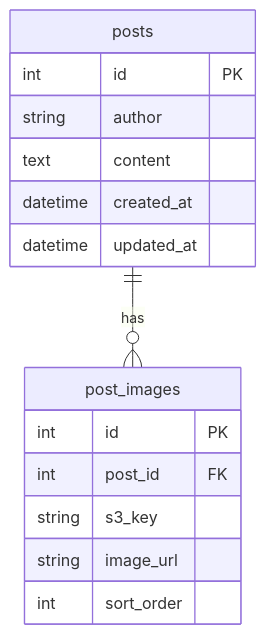
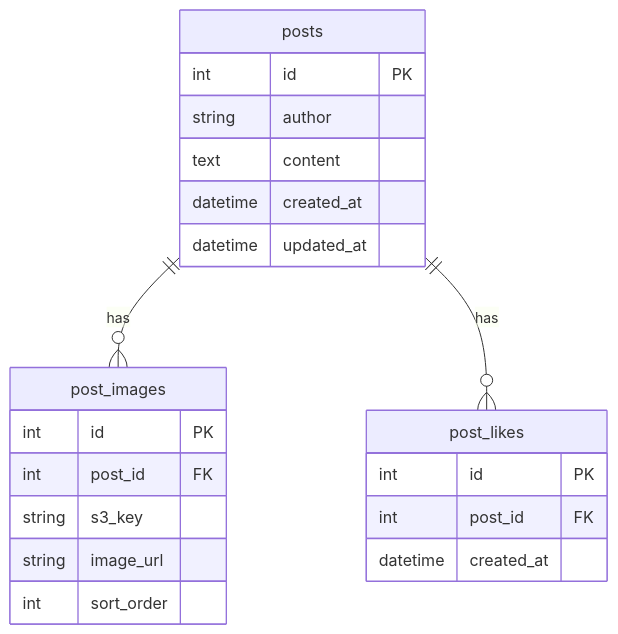
Before and after one commit to purplemurasaki/bbs-vue-express: the diagram in docs/schema_design.md, drawn with Mermaid. The commit also changed other lines of this file and 15 other files, not shown here.

First line of the commit message:
feat: add unlimited post likes

````diff
--- a/docs/schema_design.md
+++ b/docs/schema_design.md
@@ -15,20 +15,27 @@
 ```mermaid
 erDiagram
   posts ||--o{ post_images : "has"
+  posts ||--o{ post_likes : "has"
 
   posts {
     int id PK
     string author
     text content
     datetime created_at
     datetime updated_at
   }
 
   post_images {
     int id PK
     int post_id FK
     string s3_key
     string image_url
     int sort_order
   }
+
+  post_likes {
+    int id PK
+    int post_id FK
+    datetime created_at
+  }
 ```
````
